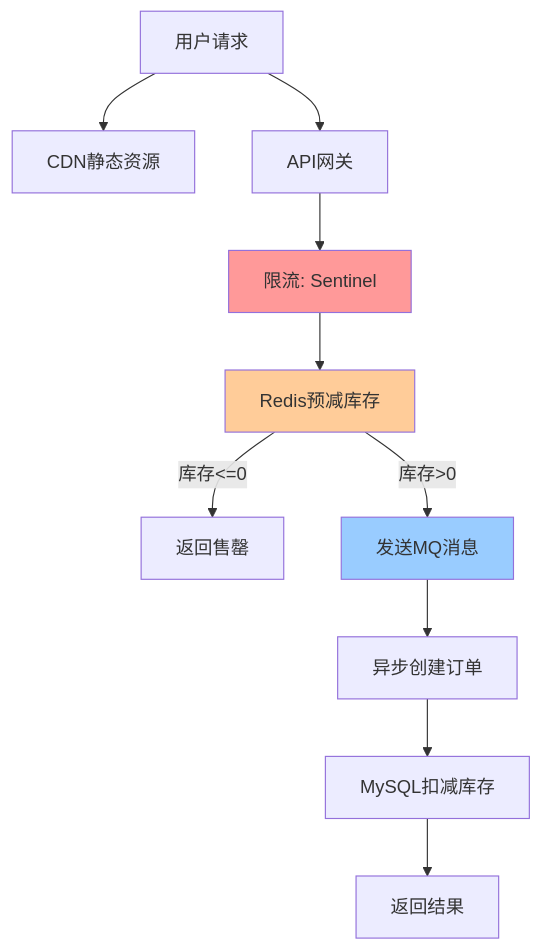
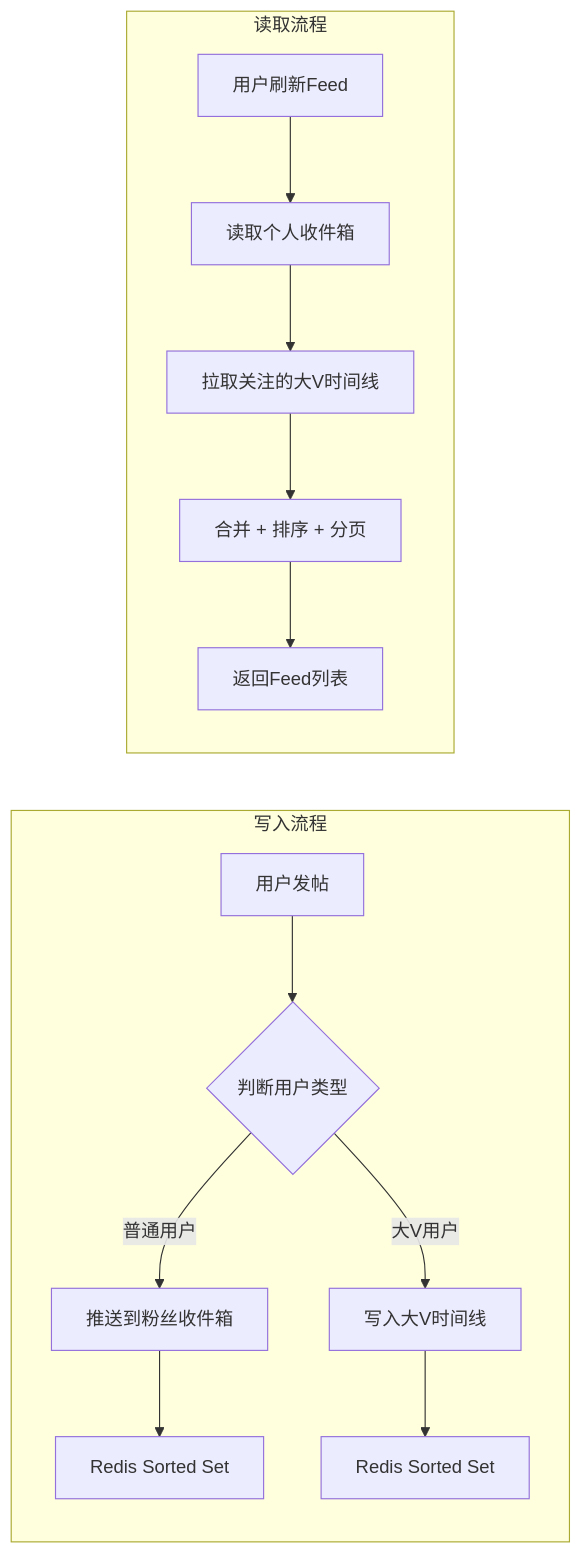
The fourth of 9 diagrams in 知识点汇总/14_架构设计/07_高并发架构实战案例.md (Yanminghao0/Backend_Tech_Knowledge_Base), drawn with Mermaid before and after one commit. The commit also changed other lines of this file and 7 other files, not shown here.

````diff
--- a/知识点汇总/14_架构设计/07_高并发架构实战案例.md
+++ b/知识点汇总/14_架构设计/07_高并发架构实战案例.md
@@ -52,16 +410,17 @@
 ```mermaid
-graph TD
-    A[用户请求] --> B[CDN静态资源]
-    A --> C[API网关]
-    C --> D[限流: Sentinel]
-    D --> E[Redis预减库存]
-    E -->|库存<=0| F[返回售罄]
-    E -->|库存>0| G[发送MQ消息]
-    G --> H[异步创建订单]
-    H --> I[MySQL扣减库存]
-    I --> J[返回结果]
+graph LR
+    subgraph 写入流程
+        A[用户发帖] --> B{判断用户类型}
+        B -->|普通用户| C[推送到粉丝收件箱]
+        B -->|大V用户| D[写入大V时间线]
+        C --> E[Redis Sorted Set]
+        D --> F[Redis Sorted Set]
+    end
     
-    style D fill:#ff9999
-    style E fill:#ffcc99
-    style G fill:#99ccff
+    subgraph 读取流程
+        G[用户刷新Feed] --> H[读取个人收件箱]
+        H --> I[拉取关注的大V时间线]
+        I --> J[合并 + 排序 + 分页]
+        J --> K[返回Feed列表]
+    end
 ```
````
